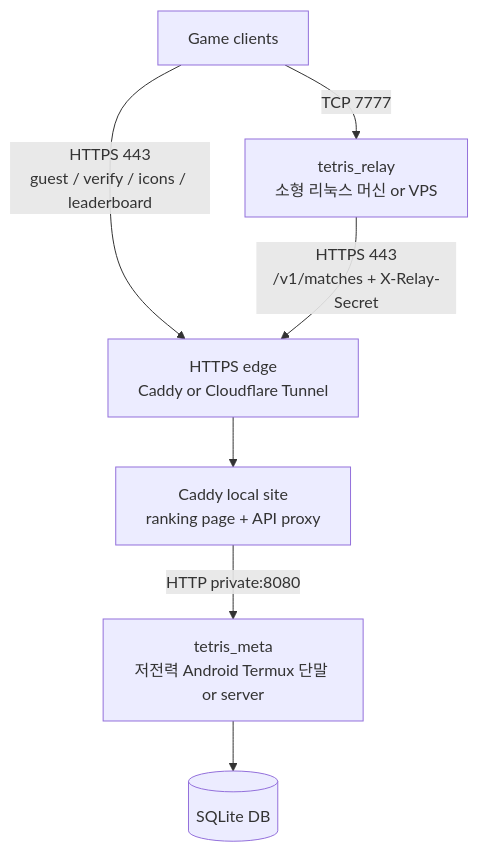
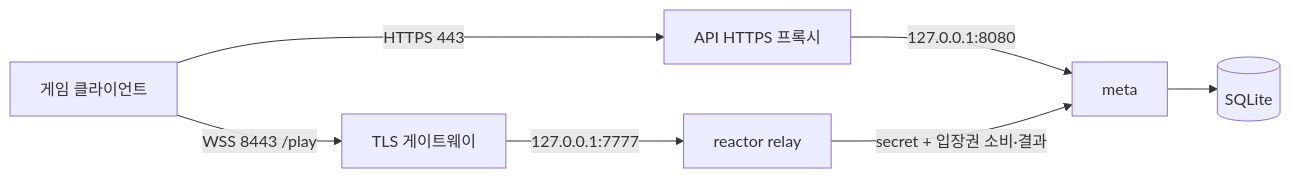
One commit to Rein-ArXiv/Tetris-Multiplayer-RL changed the diagram in docs/public-server-deployment.md. Above: the diagram before and after it, drawn with Mermaid. The commit also changed other lines of this file and 91 other files, not shown here.

Commit message:
Polish release paths and secure game admission with WSS tickets

````diff
--- a/docs/public-server-deployment.md
+++ b/docs/public-server-deployment.md
@@ -11,9 +10,9 @@
 ```mermaid
-graph TB
-    C[Game clients] -- TCP 7777 --> R[tetris_relay<br/>소형 리눅스 머신 or VPS]
-    C -- HTTPS 443<br/>guest / verify / icons / leaderboard --> CF[HTTPS edge<br/>Caddy or Cloudflare Tunnel]
-    R -- HTTPS 443<br/>/v1/matches + X-Relay-Secret --> CF
-    CF --> W[Caddy local site<br/>ranking page + API proxy]
-    W -- HTTP private:8080 --> M[tetris_meta<br/>저전력 Android Termux 단말 or server]
-    M --> DB[(SQLite DB)]
+flowchart LR
+    C[게임 클라이언트] -->|WSS 8443 /play| W[TLS 게이트웨이]
+    W -->|127.0.0.1:7777| R[reactor relay]
+    C -->|HTTPS 443| E[API HTTPS 프록시]
+    E -->|127.0.0.1:8080| M[meta]
+    R -->|secret + 입장권 소비·결과| M
+    M --> DB[(SQLite)]
 ```
````
